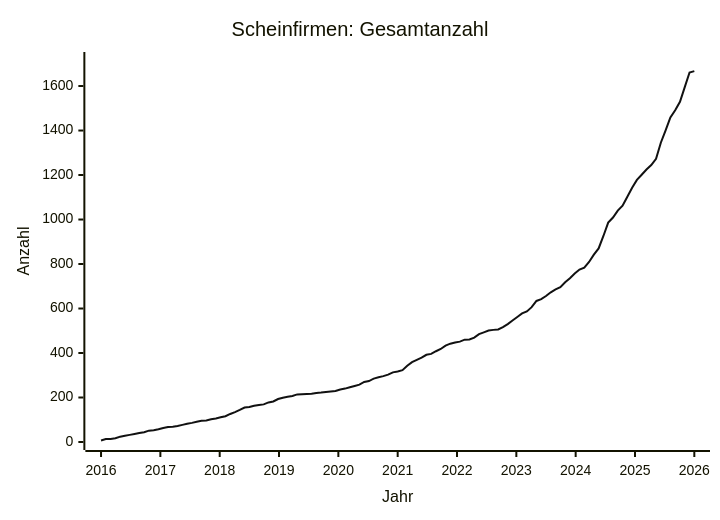
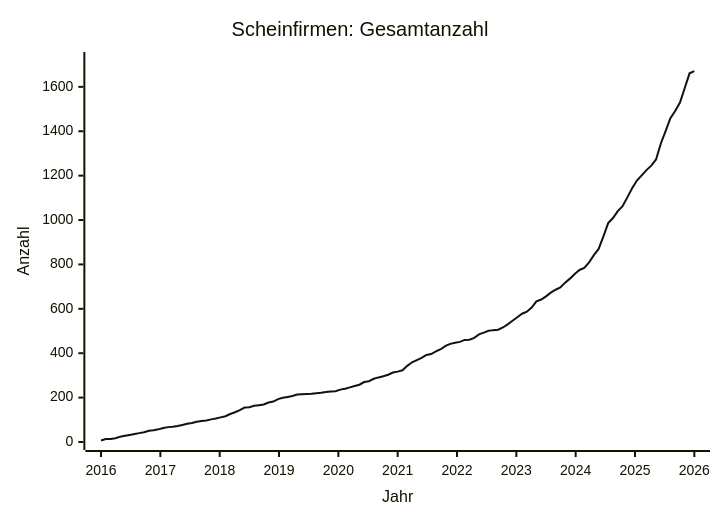
The diagram in data/STATS.md (arjoma/scheinfirmen-at), drawn with Mermaid before and after one commit. The commit also changed other lines of this file and 3 other files, not shown here.

````diff
--- a/data/STATS.md
+++ b/data/STATS.md
@@ -9,13 +9,13 @@
 ```mermaid
 ---
 config:
   themeVariables:
     xyChart:
       plotColorPalette: "#111111"
 ---
 xychart-beta
     title "Scheinfirmen: Gesamtanzahl"
     x-axis "Jahr" 2016 --> 2026
-    y-axis "Anzahl" 0 --> 1717
-    line [7, 13, 14, 17, 24, 28, 32, 36, 40, 44, 51, 53, 57, 63, 67, 69, 72, 77, 82, 86, 91, 95, 97, 102, 106, 111, 116, 126, 134, 144, 155, 157, 163, 166, 169, 178, 182, 193, 199, 203, 207, 214, 215, 216, 217, 220, 222, 225, 227, 229, 236, 240, 246, 252, 258, 270, 274, 285, 291, 296, 303, 313, 317, 323, 343, 359, 369, 379, 392, 396, 408, 418, 433, 442, 447, 451, 460, 461, 469, 485, 493, 501, 504, 506, 516, 530, 546, 562, 578, 587, 606, 634, 642, 656, 673, 686, 696, 718, 736, 757, 775, 784, 809, 842, 870, 926, 986, 1009, 1040, 1062, 1102, 1143, 1178, 1201, 1225, 1245, 1273, 1345, 1401, 1459, 1491, 1529, 1595, 1661, 1667]
+    y-axis "Anzahl" 0 --> 1721
+    line [7, 13, 14, 17, 24, 28, 32, 36, 40, 44, 51, 53, 57, 63, 67, 69, 72, 77, 82, 86, 91, 95, 97, 102, 106, 111, 116, 126, 134, 144, 155, 157, 163, 166, 169, 178, 182, 193, 199, 203, 207, 214, 215, 216, 217, 220, 222, 225, 227, 229, 236, 240, 246, 252, 258, 270, 274, 285, 291, 296, 303, 313, 317, 323, 343, 359, 369, 379, 392, 396, 408, 418, 433, 442, 447, 451, 460, 461, 469, 485, 493, 501, 504, 506, 516, 530, 546, 562, 578, 587, 606, 634, 642, 656, 673, 686, 696, 718, 736, 757, 775, 784, 809, 842, 870, 926, 986, 1009, 1040, 1062, 1102, 1143, 1178, 1201, 1225, 1245, 1273, 1345, 1401, 1459, 1491, 1529, 1595, 1661, 1671]
 ```
````
